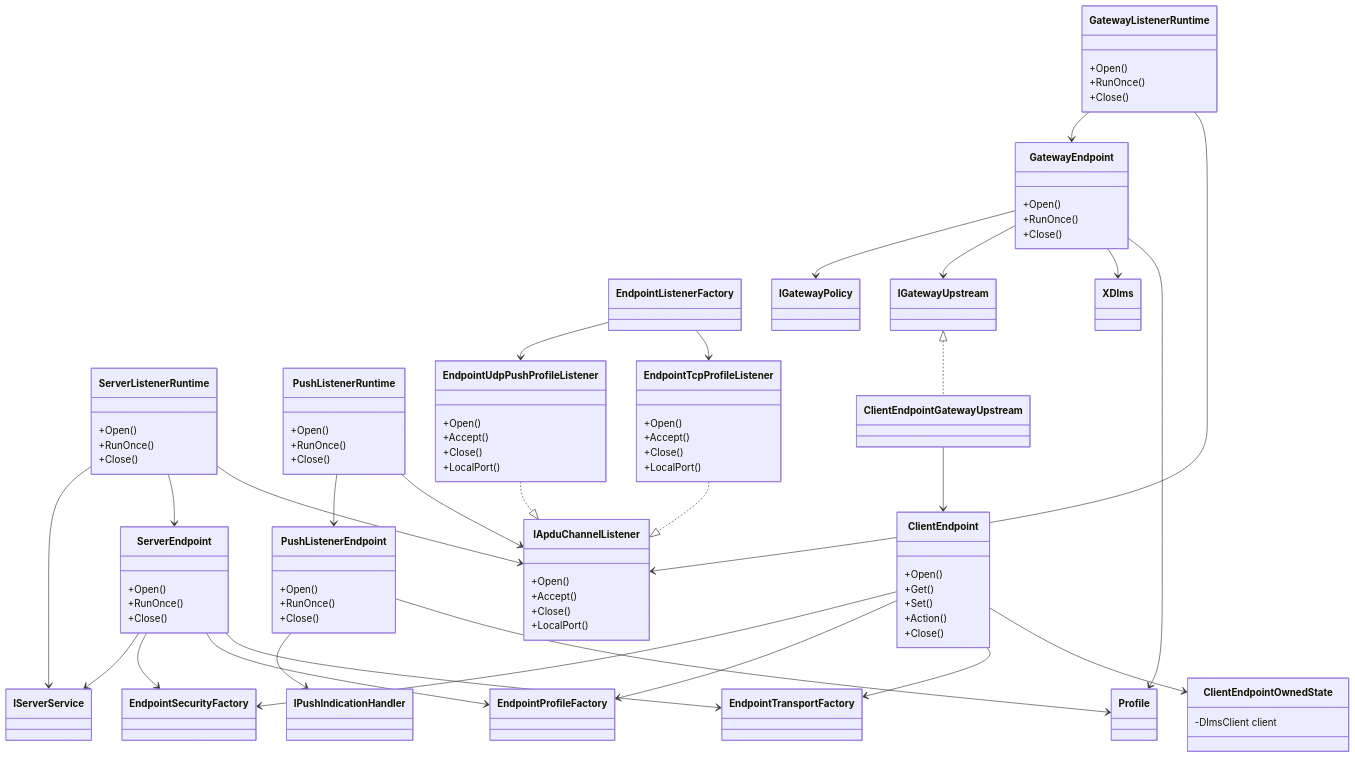
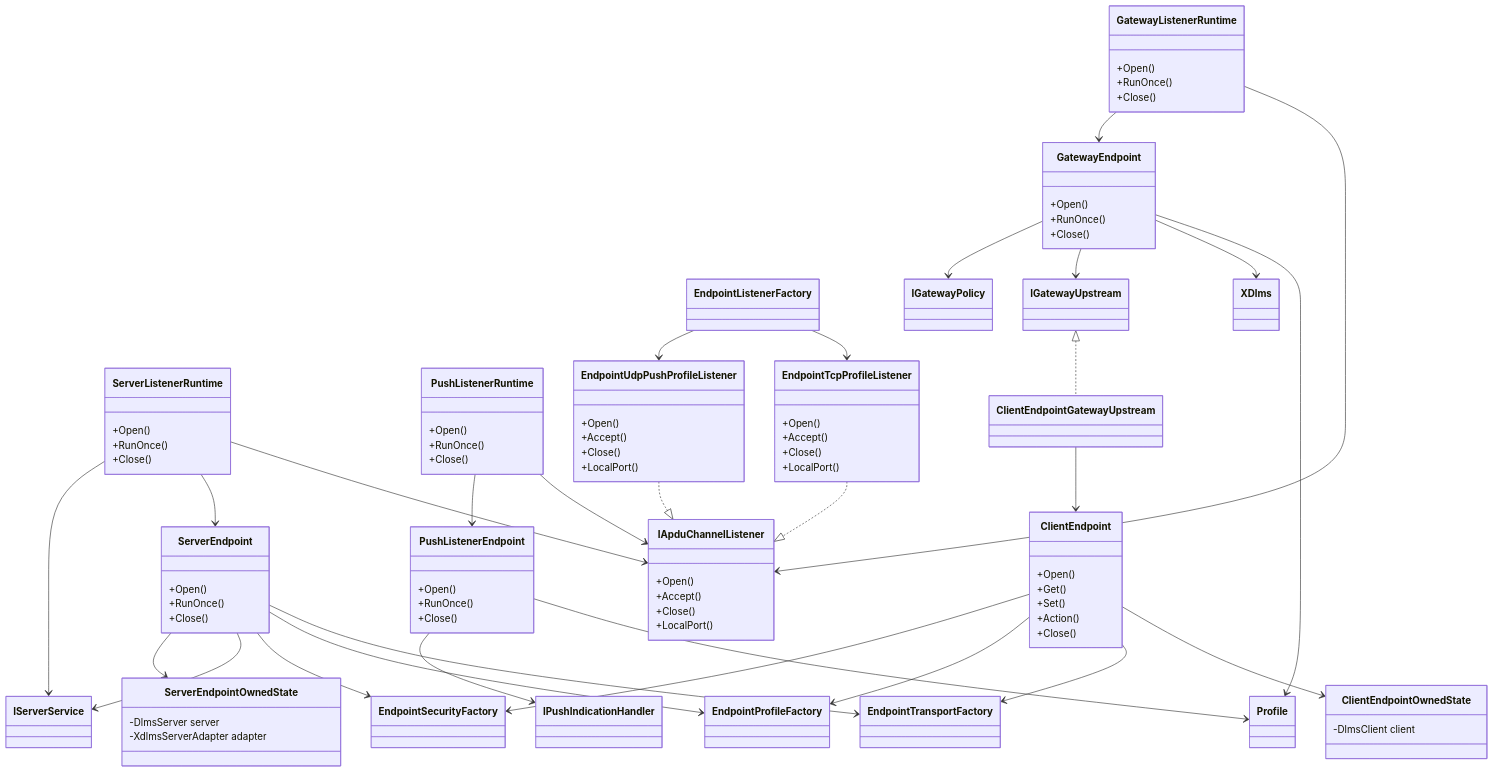
One commit to gvtret/dlms changed the eighth of 9 diagrams in lib/dlms-endpoint/docs/02_endpoint_architecture.md. Above: the diagram before and after it, drawn with Mermaid. The commit also changed other lines of this file and 3 other files, not shown here.

First line of the commit message:
refactor: hide server endpoint default composition

```diff
--- a/lib/dlms-endpoint/docs/02_endpoint_architecture.md
+++ b/lib/dlms-endpoint/docs/02_endpoint_architecture.md
@@ -295,6 +295,11 @@
     +Open()
     +RunOnce()
     +Close()
+  }
+
+  class ServerEndpointOwnedState {
+    -DlmsServer server
+    -XdlmsServerAdapter adapter
   }
 
   class PushListenerEndpoint {
@@ -365,6 +370,7 @@
   ServerEndpoint --> EndpointProfileFactory
   ServerEndpoint --> EndpointSecurityFactory
   ServerEndpoint --> IServerService
+  ServerEndpoint --> ServerEndpointOwnedState
   PushListenerEndpoint --> Profile
   PushListenerEndpoint --> IPushIndicationHandler
   GatewayEndpoint --> Profile
```
